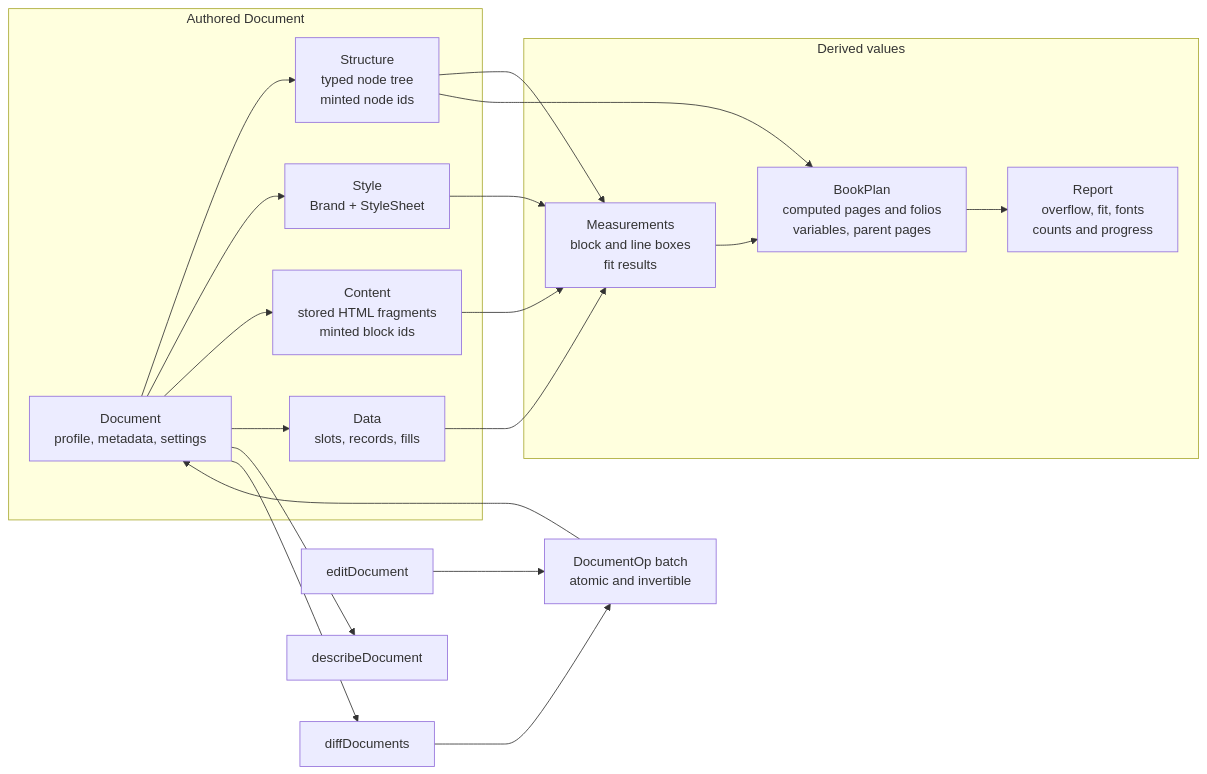
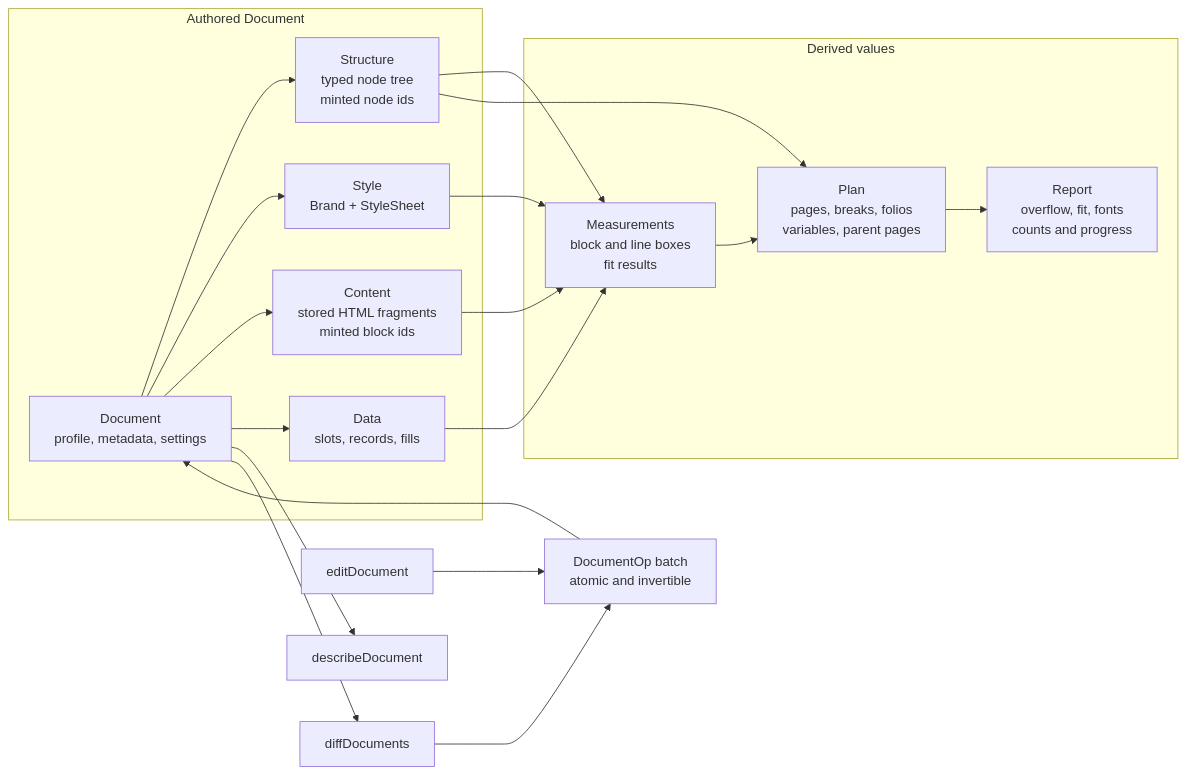
One commit to modstudio/segnavia changed the first of 3 diagrams in docs/architecture.md. Above: the diagram before and after it, drawn with Mermaid. The commit also changed other lines of this file and 39 other files, not shown here.

````diff
--- a/docs/architecture.md
+++ b/docs/architecture.md
@@ -1604,33 +1614,33 @@
 ```mermaid
 flowchart LR
   subgraph Authored[Authored Document]
     DOC[Document<br/>profile, metadata, settings]
     STRUCT[Structure<br/>typed node tree<br/>minted node ids]
     STYLE[Style<br/>Brand + StyleSheet]
     CONTENT[Content<br/>stored HTML fragments<br/>minted block ids]
     DATA[Data<br/>slots, records, fills]
     DOC --> STRUCT
     DOC --> STYLE
     DOC --> CONTENT
     DOC --> DATA
   end
 
   subgraph Derived[Derived values]
     MEASURE[Measurements<br/>block and line boxes<br/>fit results]
-    PLAN[BookPlan<br/>computed pages and folios<br/>variables, parent pages]
+    PLAN[Plan<br/>pages, breaks, folios<br/>variables, parent pages]
     REPORT[Report<br/>overflow, fit, fonts<br/>counts and progress]
     MEASURE --> PLAN --> REPORT
   end
 
   STRUCT --> MEASURE
   STYLE --> MEASURE
   CONTENT --> MEASURE
   DATA --> MEASURE
   STRUCT --> PLAN
 
   OPS[DocumentOp batch<br/>atomic and invertible] --> DOC
   EDIT[editDocument] --> OPS
   DOC --> DESCRIBE[describeDocument]
   DOC --> DIFF[diffDocuments]
   DIFF --> OPS
 ```
````
